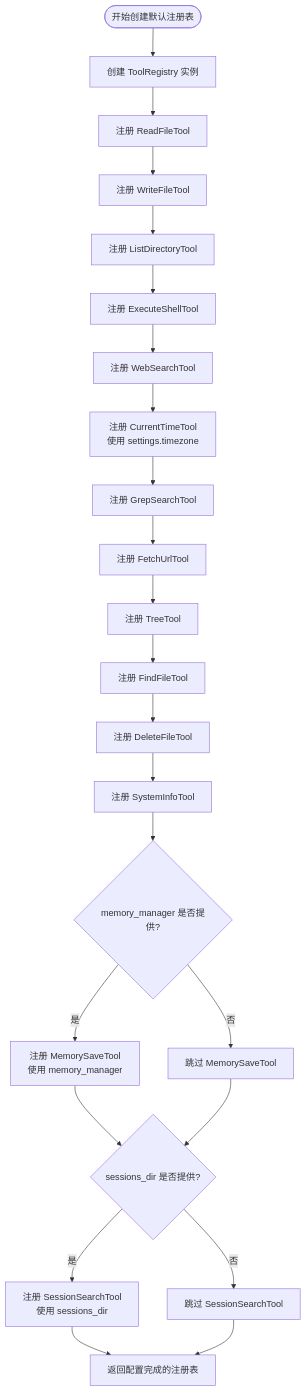
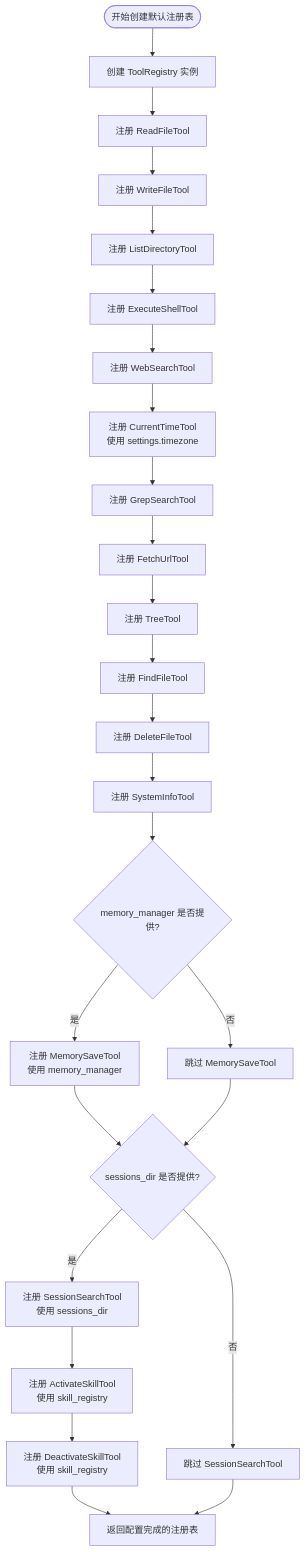
One commit to 250shiwo/MySmallAgent changed the fifth of 15 diagrams in .qoder/repowiki/zh/content/核心模块详解/工具系统架构.md. Above: the diagram before and after it, drawn with Mermaid. The commit also changed other lines of this file and 28 other files, not shown here.

````diff
--- a/.qoder/repowiki/zh/content/核心模块详解/工具系统架构.md
+++ b/.qoder/repowiki/zh/content/核心模块详解/工具系统架构.md
@@ -512,25 +567,27 @@
 ```mermaid
 flowchart TD
 Start([开始创建默认注册表]) --> CreateRegistry[创建 ToolRegistry 实例]
 CreateRegistry --> RegisterReadFile[注册 ReadFileTool]
 RegisterReadFile --> RegisterWriteFile[注册 WriteFileTool]
 RegisterWriteFile --> RegisterListDir[注册 ListDirectoryTool]
 RegisterListDir --> RegisterShellExec[注册 ExecuteShellTool]
 RegisterShellExec --> RegisterWebSearch[注册 WebSearchTool]
 RegisterWebSearch --> RegisterCurrentTime[注册 CurrentTimeTool<br/>使用 settings.timezone]
 RegisterCurrentTime --> RegisterGrepSearch[注册 GrepSearchTool]
 RegisterGrepSearch --> RegisterFetchUrl[注册 FetchUrlTool]
 RegisterFetchUrl --> RegisterTree[注册 TreeTool]
 RegisterTree --> RegisterFindFile[注册 FindFileTool]
 RegisterFindFile --> RegisterFileDelete[注册 DeleteFileTool]
 RegisterFileDelete --> RegisterSystemInfo[注册 SystemInfoTool]
 RegisterSystemInfo --> CheckMemory{memory_manager 是否提供?}
 CheckMemory --> |是| RegisterMemorySave[注册 MemorySaveTool<br/>使用 memory_manager]
 CheckMemory --> |否| SkipMemorySave[跳过 MemorySaveTool]
 RegisterMemorySave --> CheckSessions{sessions_dir 是否提供?}
 SkipMemorySave --> CheckSessions
 CheckSessions --> |是| RegisterSessionSearch[注册 SessionSearchTool<br/>使用 sessions_dir]
 CheckSessions --> |否| SkipSessionSearch[跳过 SessionSearchTool]
-RegisterSessionSearch --> ReturnRegistry[返回配置完成的注册表]
+RegisterSessionSearch --> RegisterActivateSkill[注册 ActivateSkillTool<br/>使用 skill_registry]
+RegisterActivateSkill --> RegisterDeactivateSkill[注册 DeactivateSkillTool<br/>使用 skill_registry]
+RegisterDeactivateSkill --> ReturnRegistry[返回配置完成的注册表]
 SkipSessionSearch --> ReturnRegistry
 ```
````
